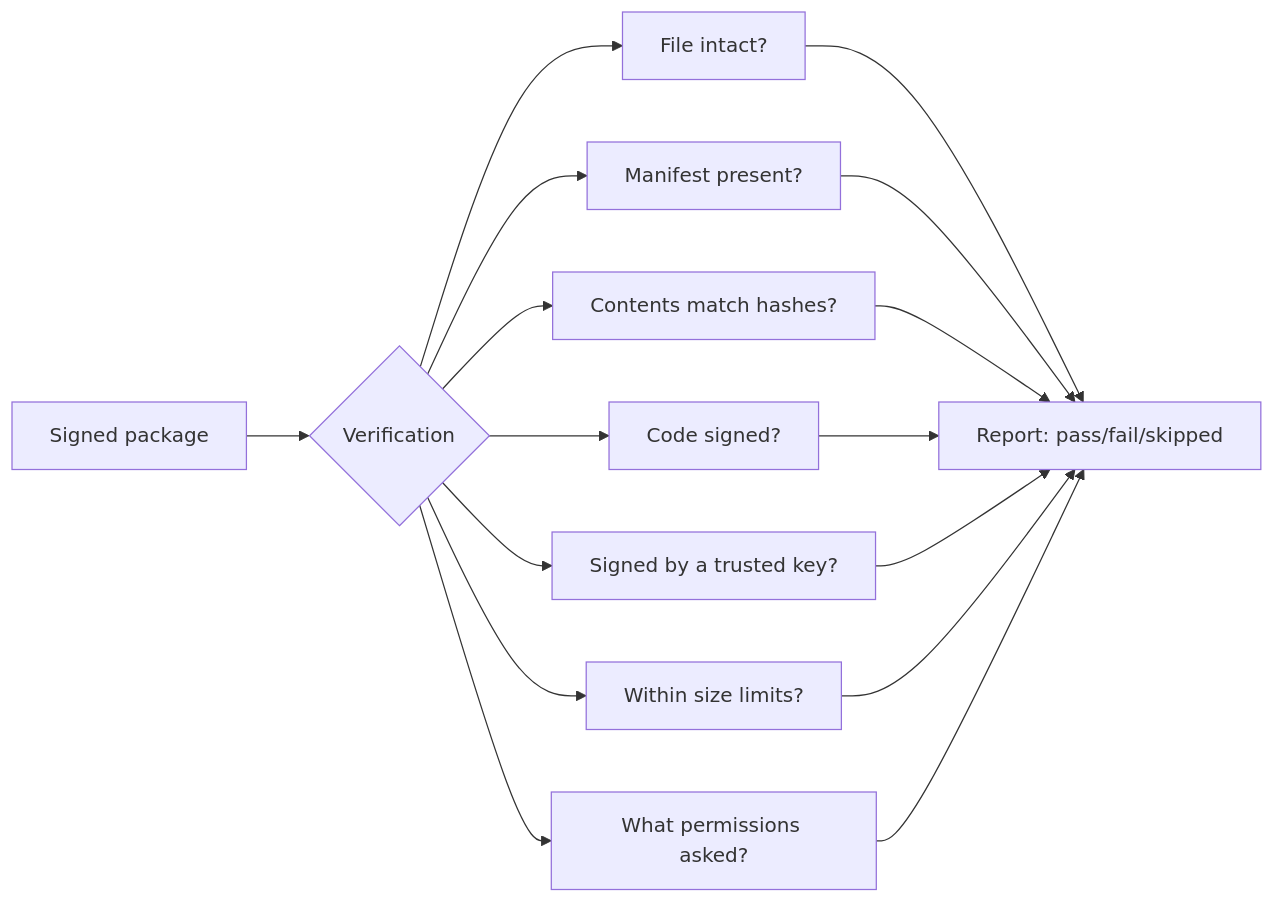
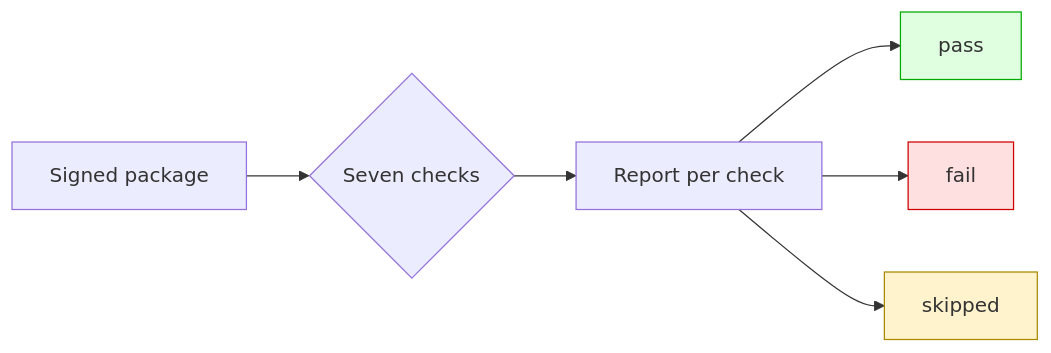
Before and after one commit to mondweep/vibe-cast: the eighth of 9 diagrams in README.md, drawn with Mermaid. The commit also changed other lines of this file, not shown here.

First line of the commit message:
Make diagrams short enough to fit GitHub's viewer

````diff
--- a/README.md
+++ b/README.md
@@ -395,12 +390,10 @@
 ```mermaid
 flowchart LR
-    PKG["Signed package"] --> V{"Verification"}
-    V --> C1["File intact?"]
-    V --> C2["Manifest present?"]
-    V --> C3["Contents match hashes?"]
-    V --> C4["Code signed?"]
-    V --> C5["Signed by a trusted key?"]
-    V --> C6["Within size limits?"]
-    V --> C7["What permissions asked?"]
-    C1 & C2 & C3 & C4 & C5 & C6 & C7 --> OUT["Report: pass/fail/skipped"]
+    PKG["Signed package"] --> V{"Seven checks"} --> OUT["Report per check"]
+    OUT --> PASS["pass"]
+    OUT --> FAIL["fail"]
+    OUT --> SKIP["skipped"]
+    style PASS fill:#e0ffe0,stroke:#0a0
+    style FAIL fill:#ffe0e0,stroke:#c00
+    style SKIP fill:#fff3cd,stroke:#a80
 ```
````
